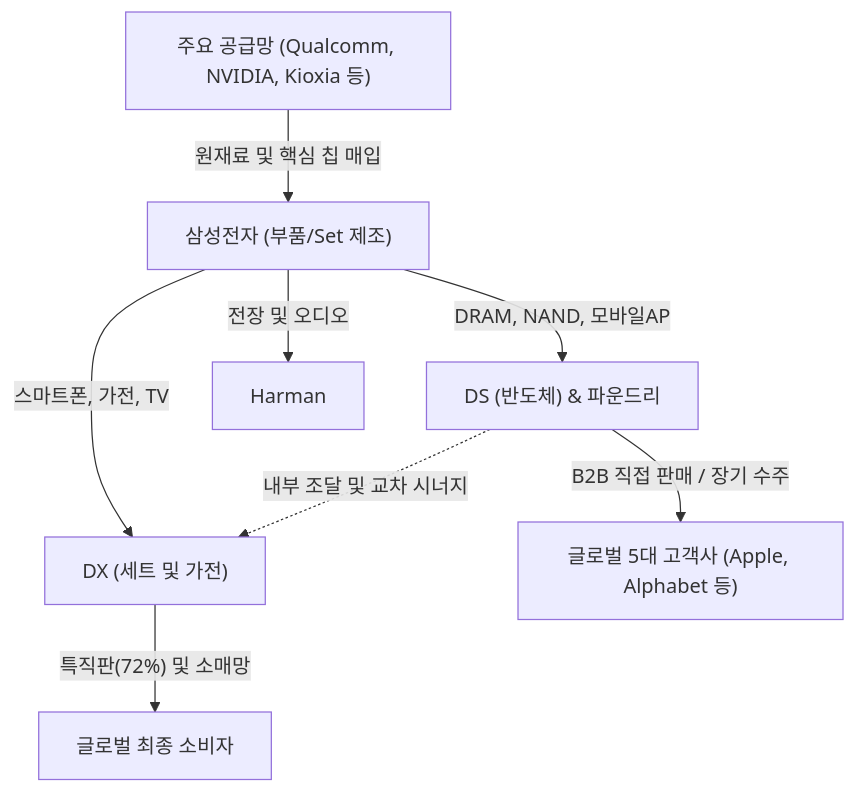
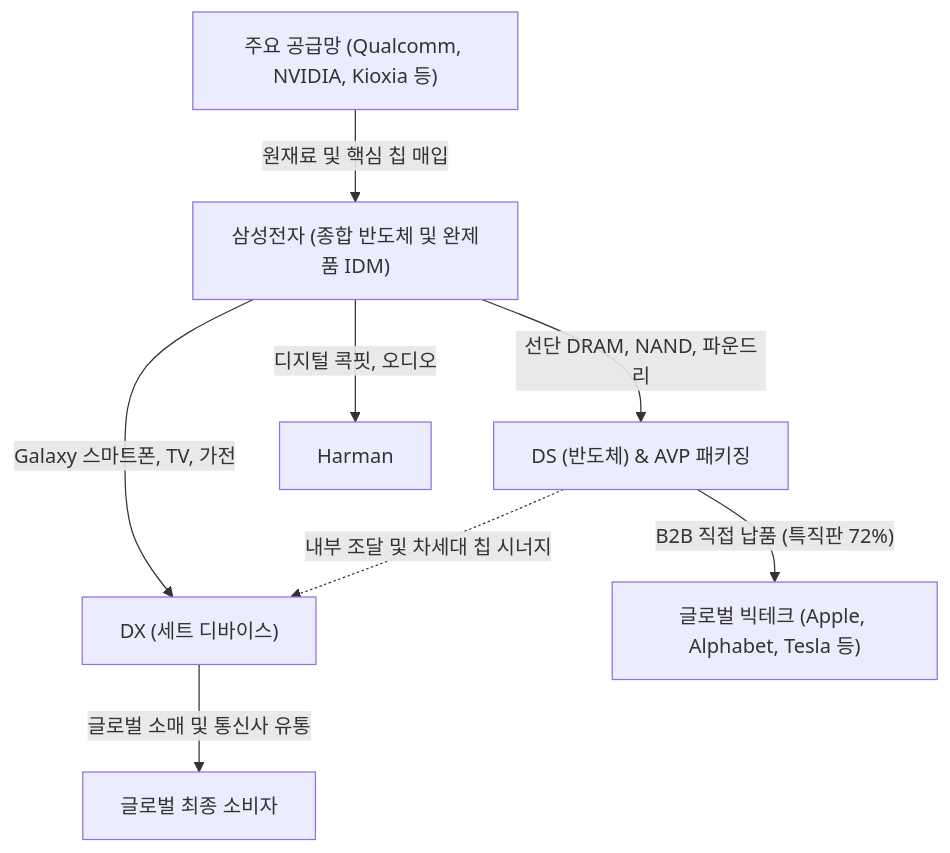
One commit to eve830521-cmd/my-skill changed the diagram in Stock_Research/삼성전자/3_Final_Reports/Phase1_Report.md. Above: the diagram before and after it, drawn with Mermaid. The commit also changed other lines of this file and 127 other files, not shown here.

````diff
--- a/Stock_Research/삼성전자/3_Final_Reports/Phase1_Report.md
+++ b/Stock_Research/삼성전자/3_Final_Reports/Phase1_Report.md
@@ -13,10 +20,10 @@
 ```mermaid
 graph TD
-    A["주요 공급망 (Qualcomm, NVIDIA, Kioxia 등)"] -->|"원재료 및 핵심 칩 매입"| B["삼성전자 (부품/Set 제조)"]
-    B -->|"DRAM, NAND, 모바일AP"| C["DS (반도체) & 파운드리"]
-    B -->|"스마트폰, 가전, TV"| D["DX (세트 및 가전)"]
-    B -->|"전장 및 오디오"| E["Harman"]
-    C -. "내부 조달 및 교차 시너지" .-> D
-    C -->|"B2B 직접 판매 / 장기 수주"| F["글로벌 5대 고객사 (Apple, Alphabet 등)"]
-    D -->|"특직판(72%) 및 소매망"| G["글로벌 최종 소비자"]
+    A["주요 공급망 (Qualcomm, NVIDIA, Kioxia 등)"] -->|"원재료 및 핵심 칩 매입"| B["삼성전자 (종합 반도체 및 완제품 IDM)"]
+    B -->|"선단 DRAM, NAND, 파운드리"| C["DS (반도체) & AVP 패키징"]
+    B -->|"Galaxy 스마트폰, TV, 가전"| D["DX (세트 디바이스)"]
+    B -->|"디지털 콕핏, 오디오"| E["Harman"]
+    C -. "내부 조달 및 차세대 칩 시너지" .-> D
+    C -->|"B2B 직접 납품 (특직판 72%)"| F["글로벌 빅테크 (Apple, Alphabet, Tesla 등)"]
+    D -->|"글로벌 소매 및 통신사 유통"| G["글로벌 최종 소비자"]
 ```
````
